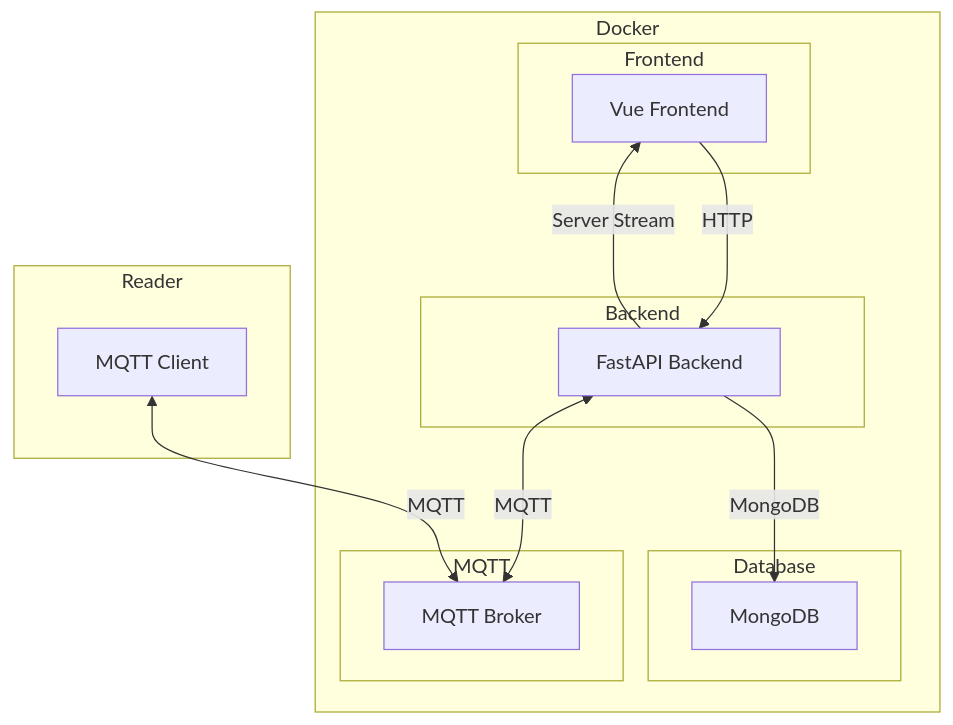
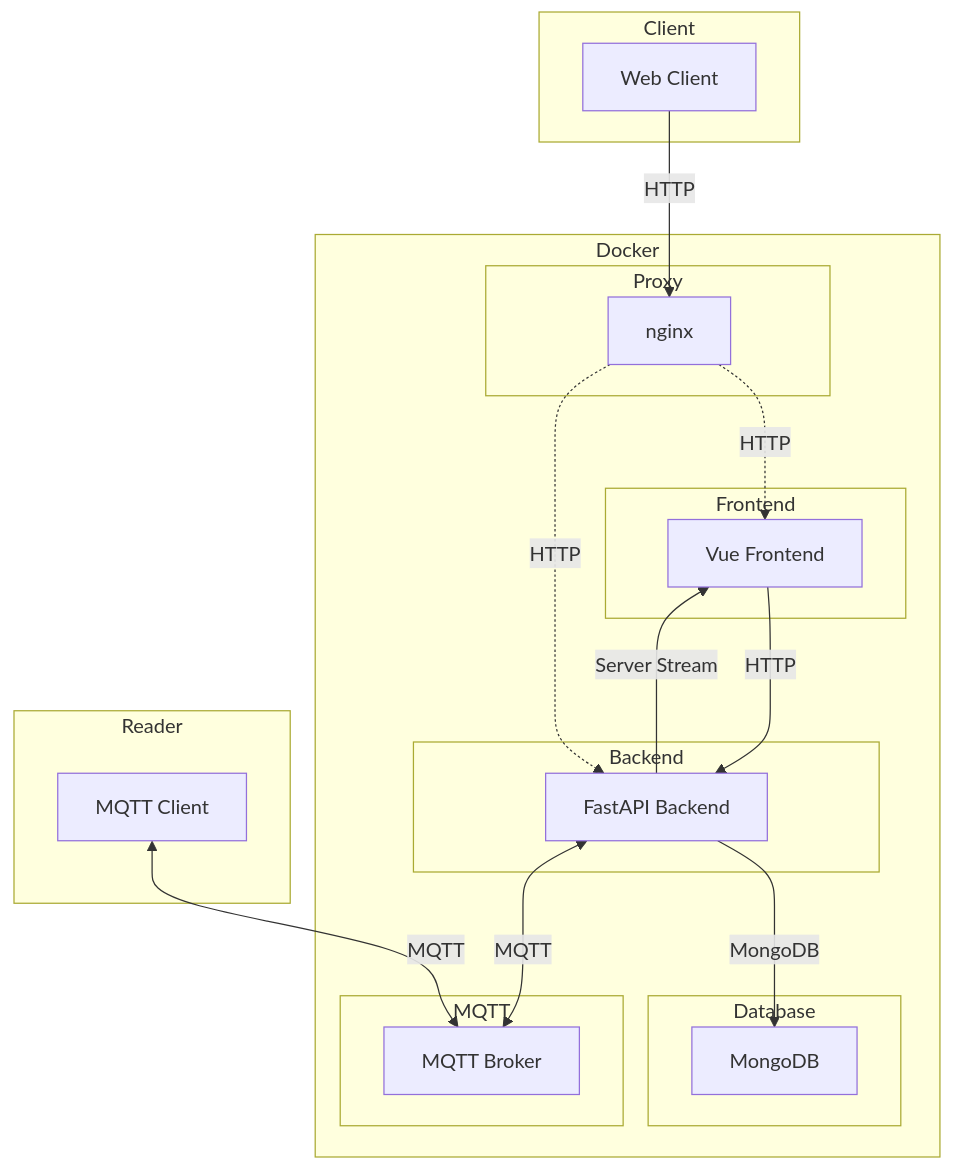
One commit to wims-org/wims changed the first of 2 diagrams in README.md. Above: the diagram before and after it, drawn with Mermaid. The commit also changed other lines of this file and 27 other files, not shown here.

````diff
--- a/README.md
+++ b/README.md
@@ -9,33 +9,43 @@
 ```mermaid
 graph TD
     subgraph Docker
         subgraph Frontend
             A[Vue Frontend]
         end
 
         subgraph Backend
             B[FastAPI Backend]
         end
 
         subgraph Database
             C[MongoDB]
         end
 
         subgraph MQTT
             D[MQTT Broker]
         end
+
+        subgraph Proxy
+            E[nginx]
+        end
     end
 
 
     subgraph Reader
-        E[MQTT Client]
+        M[MQTT Client]
+    end
 
+    subgraph Client
+        N[Web Client]
     end
 
 
     A --> |HTTP| B
     B --> |MongoDB| C
     B <--> |MQTT| D
-    E <--> |MQTT| D
+    M <--> |MQTT| D
+    N --> |HTTP| E
+    E -.-> |HTTP| A
+    E -.-> |HTTP| B
     B --> |Server Stream| A
 ```
````
